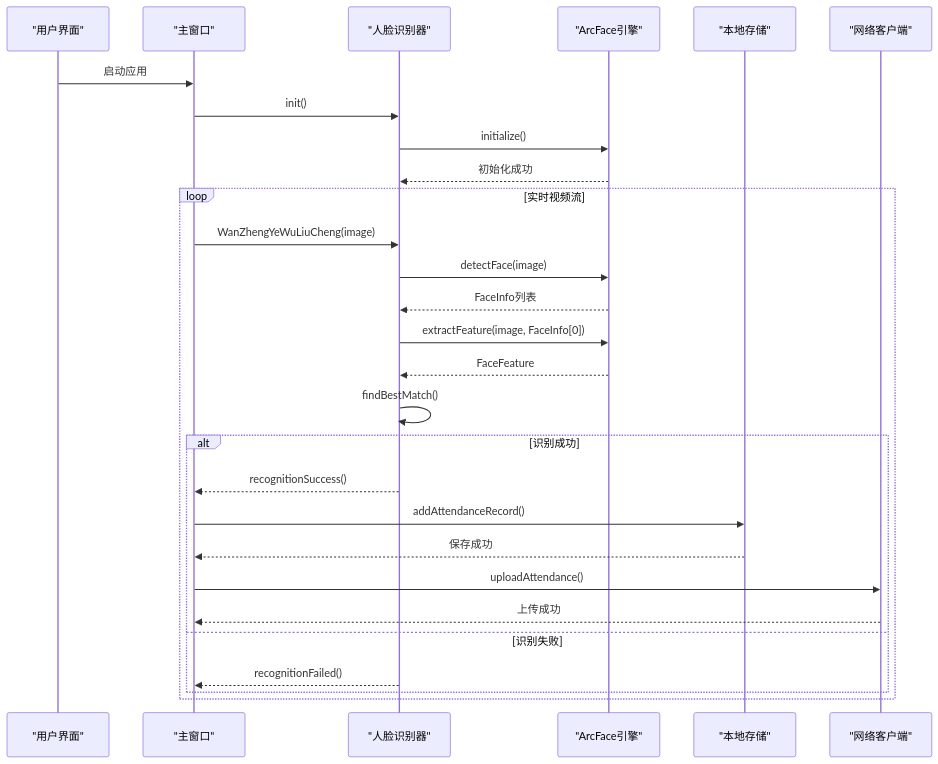
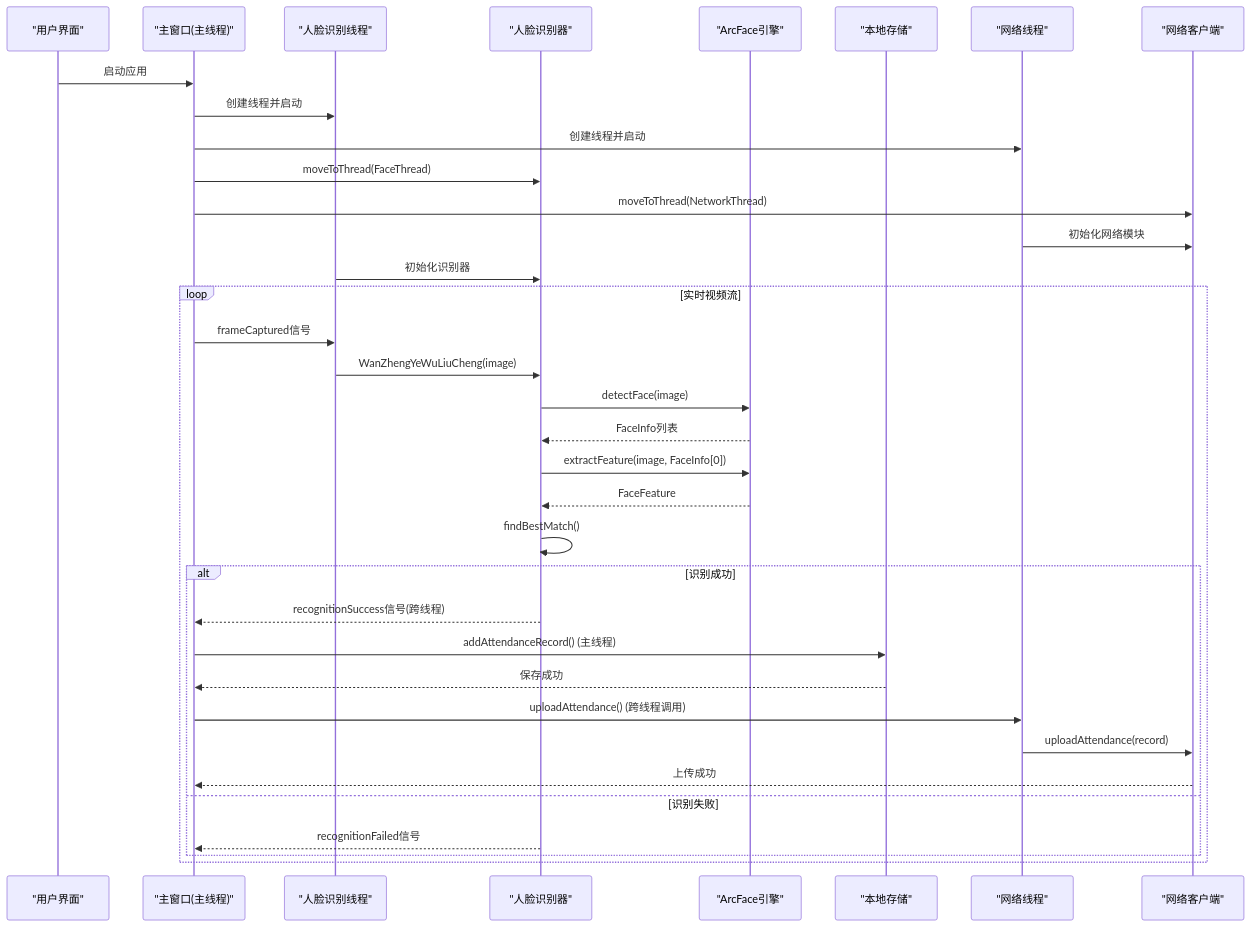
One commit to HeQiTZD/Triple-terminal-Attendance-Punching-System changed the fourth of 13 diagrams in .qoder/repowiki/zh/content/Main Application Integration.md. Above: the diagram before and after it, drawn with Mermaid. The commit also changed other lines of this file and 47 other files, not shown here.

````diff
--- a/.qoder/repowiki/zh/content/Main Application Integration.md
+++ b/.qoder/repowiki/zh/content/Main Application Integration.md
@@ -242,30 +263,37 @@
 ```mermaid
 sequenceDiagram
 participant UI as "用户界面"
-participant MainWindow as "主窗口"
+participant MainWindow as "主窗口(主线程)"
+participant FaceThread as "人脸识别线程"
 participant FaceRecognizer as "人脸识别器"
 participant ArcFaceEngine as "ArcFace引擎"
 participant LocalStorage as "本地存储"
+participant NetworkThread as "网络线程"
 participant NetworkClient as "网络客户端"
 UI->>MainWindow : 启动应用
-MainWindow->>FaceRecognizer : init()
-FaceRecognizer->>ArcFaceEngine : initialize()
-ArcFaceEngine-->>FaceRecognizer : 初始化成功
+MainWindow->>FaceThread : 创建线程并启动
+MainWindow->>NetworkThread : 创建线程并启动
+MainWindow->>FaceRecognizer : moveToThread(FaceThread)
+MainWindow->>NetworkClient : moveToThread(NetworkThread)
+NetworkThread->>NetworkClient : 初始化网络模块
+FaceThread->>FaceRecognizer : 初始化识别器
 loop 实时视频流
-MainWindow->>FaceRecognizer : WanZhengYeWuLiuCheng(image)
+MainWindow->>FaceThread : frameCaptured信号
+FaceThread->>FaceRecognizer : WanZhengYeWuLiuCheng(image)
 FaceRecognizer->>ArcFaceEngine : detectFace(image)
 ArcFaceEngine-->>FaceRecognizer : FaceInfo列表
 FaceRecognizer->>ArcFaceEngine : extractFeature(image, FaceInfo[0])
 ArcFaceEngine-->>FaceRecognizer : FaceFeature
 FaceRecognizer->>FaceRecognizer : findBestMatch()
 alt 识别成功
-FaceRecognizer-->>MainWindow : recognitionSuccess()
-MainWindow->>LocalStorage : addAttendanceRecord()
+FaceRecognizer-->>MainWindow : recognitionSuccess信号(跨线程)
+MainWindow->>LocalStorage : addAttendanceRecord() (主线程)
 LocalStorage-->>MainWindow : 保存成功
-MainWindow->>NetworkClient : uploadAttendance()
+MainWindow->>NetworkThread : uploadAttendance() (跨线程调用)
+NetworkThread->>NetworkClient : uploadAttendance(record)
 NetworkClient-->>MainWindow : 上传成功
 else 识别失败
-FaceRecognizer-->>MainWindow : recognitionFailed()
+FaceRecognizer-->>MainWindow : recognitionFailed信号
 end
 end
 ```
````
